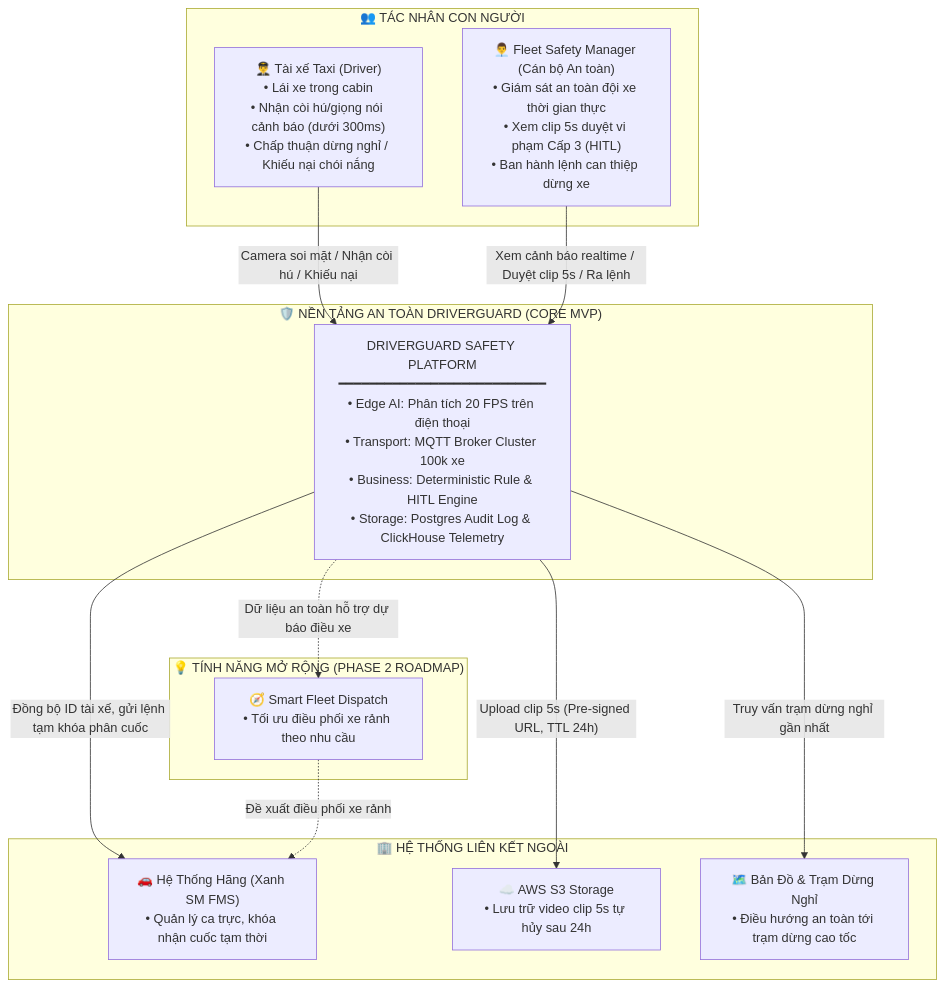
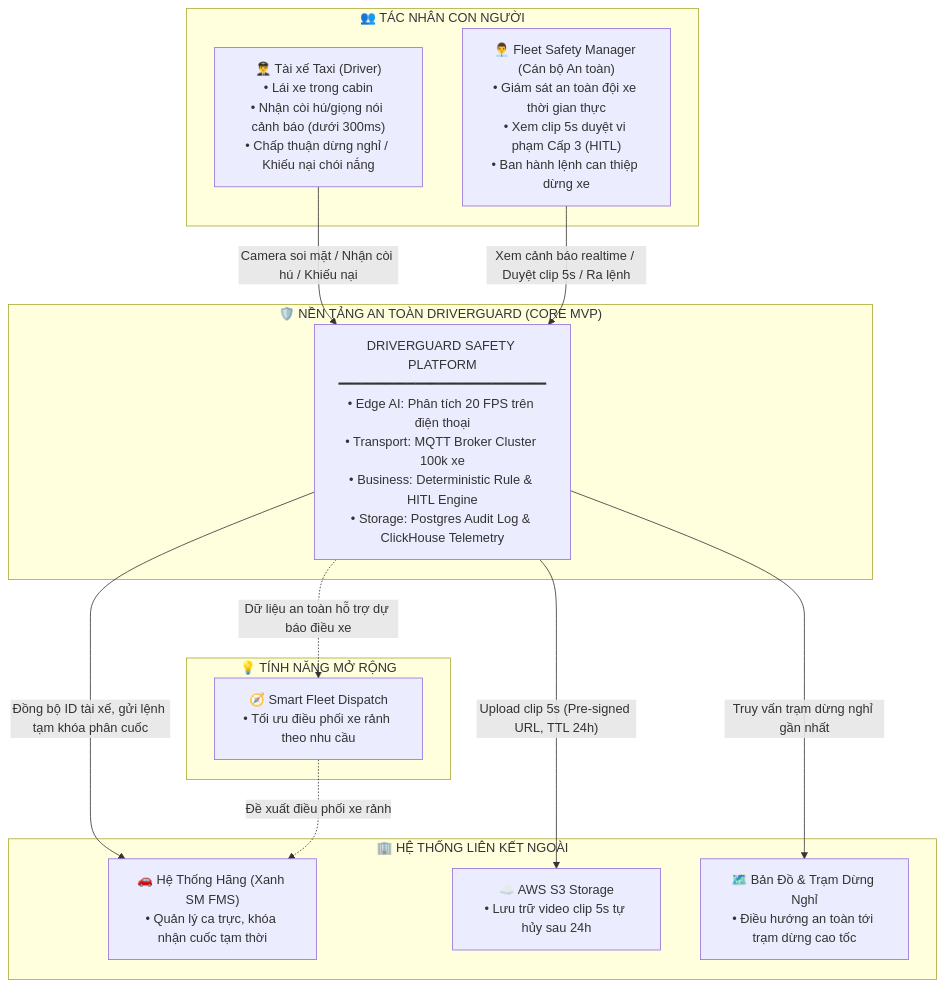
Before and after one commit to vietdezet2004/viewMD: the first of 2 diagrams in PRD_SAD.md, drawn with Mermaid.

````diff
--- a/PRD_SAD.md
+++ b/PRD_SAD.md
@@ -76,29 +76,29 @@
 ```mermaid
 flowchart TB
     subgraph USERS ["👥 TÁC NHÂN CON NGƯỜI"]
         Driver["👨‍✈️ Tài xế Taxi (Driver)<br>• Lái xe trong cabin<br>• Nhận còi hú/giọng nói cảnh báo (dưới 300ms)<br>• Chấp thuận dừng nghỉ / Khiếu nại chói nắng"]
         Manager["👨‍💼 Fleet Safety Manager (Cán bộ An toàn)<br>• Giám sát an toàn đội xe thời gian thực<br>• Xem clip 5s duyệt vi phạm Cấp 3 (HITL)<br>• Ban hành lệnh can thiệp dừng xe"]
     end
 
     subgraph CORE_SYSTEM ["🛡️ NỀN TẢNG AN TOÀN DRIVERGUARD (CORE MVP)"]
         Platform["DRIVERGUARD SAFETY PLATFORM<br>━━━━━━━━━━━━━━━━━━━━━━━━━━━<br>• Edge AI: Phân tích 20 FPS trên điện thoại<br>• Transport: MQTT Broker Cluster 100k xe<br>• Business: Deterministic Rule & HITL Engine<br>• Storage: Postgres Audit Log & ClickHouse Telemetry"]
     end
 
     subgraph EXT_SYSTEMS ["🏢 HỆ THỐNG LIÊN KẾT NGOÀI"]
         FMS["🚗 Hệ Thống Hãng (Xanh SM FMS)<br>• Quản lý ca trực, khóa nhận cuốc tạm thời"]
         S3["☁️ AWS S3 Storage<br>• Lưu trữ video clip 5s tự hủy sau 24h"]
         Maps["🗺️ Bản Đồ & Trạm Dừng Nghỉ<br>• Điều hướng an toàn tới trạm dừng cao tốc"]
     end
 
-    subgraph ROADMAP ["💡 TÍNH NĂNG MỞ RỘNG (PHASE 2 ROADMAP)"]
+    subgraph ROADMAP ["💡 TÍNH NĂNG MỞ RỘNG"]
         Dispatch["🧭 Smart Fleet Dispatch<br>• Tối ưu điều phối xe rảnh theo nhu cầu"]
     end
 
     Driver -->|"Camera soi mặt / Nhận còi hú / Khiếu nại"| Platform
     Manager -->|"Xem cảnh báo realtime / Duyệt clip 5s / Ra lệnh"| Platform
     Platform -->|"Đồng bộ ID tài xế, gửi lệnh tạm khóa phân cuốc"| FMS
     Platform -->|"Upload clip 5s (Pre-signed URL, TTL 24h)"| S3
     Platform -->|"Truy vấn trạm dừng nghỉ gần nhất"| Maps
     Platform -.->|"Dữ liệu an toàn hỗ trợ dự báo điều xe"| Dispatch
     Dispatch -.->|"Đề xuất điều phối xe rảnh"| FMS
 ```
````
